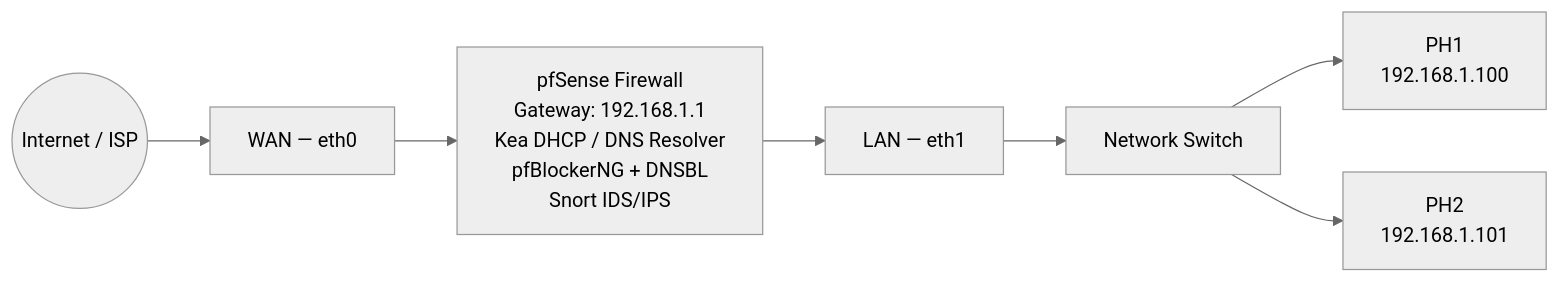
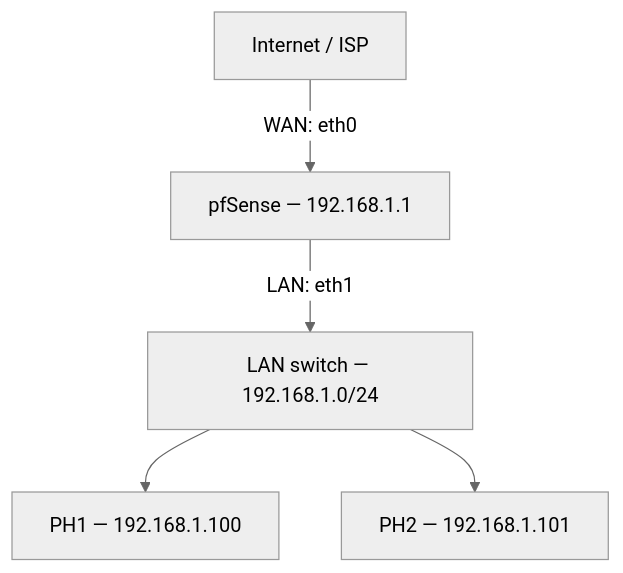
Before and after one commit to alen97mathew-gif/pfsense-pharmacy-network-security: the diagram in README.md, drawn with Mermaid (neutral theme). The commit also changed other lines of this file and 15 other files, not shown here.

Commit message:
Restore documentation structure, add topology diagram and screenshot guidance

````diff
--- a/README.md
+++ b/README.md
@@ -26,14 +26,7 @@
 ```mermaid
-flowchart LR
-    Internet((Internet / ISP))
-    WAN["WAN — eth0"]
-    FW["pfSense Firewall<br/>Gateway: 192.168.1.1<br/>Kea DHCP / DNS Resolver<br/>pfBlockerNG + DNSBL<br/>Snort IDS/IPS"]
-    LAN["LAN — eth1"]
-    SW["Network Switch"]
-    PH1["PH1<br/>192.168.1.100"]
-    PH2["PH2<br/>192.168.1.101"]
-
-    Internet --> WAN --> FW --> LAN --> SW
-    SW --> PH1
-    SW --> PH2
+flowchart TD
+    ISP["Internet / ISP"] -->|WAN: eth0| FW["pfSense — 192.168.1.1"]
+    FW -->|LAN: eth1| SW["LAN switch — 192.168.1.0/24"]
+    SW --> PH1["PH1 — 192.168.1.100"]
+    SW --> PH2["PH2 — 192.168.1.101"]
 ```
````
